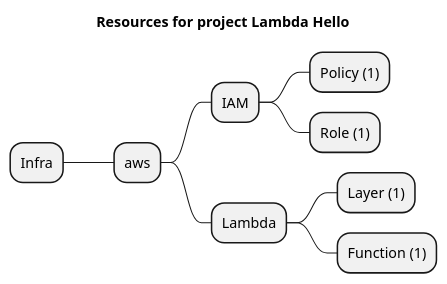
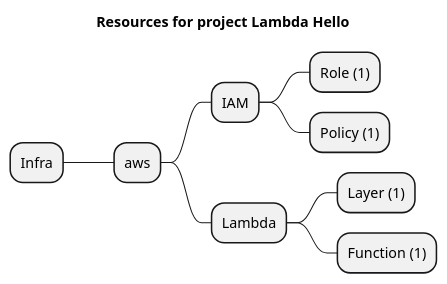
One commit to grucloud/grucloud changed the diagram in examples/aws/lambda/nodejs/helloworld/artifacts/resources-mindmap.puml. Above: the diagram before and after it, drawn with PlantUML. The commit also changed other lines of this file and 135 other files, not shown here.

```diff
--- a/examples/aws/lambda/nodejs/helloworld/artifacts/resources-mindmap.puml
+++ b/examples/aws/lambda/nodejs/helloworld/artifacts/resources-mindmap.puml
@@ -1,12 +1,12 @@
 @startmindmap
 title Resources for project Lambda Hello
 skinparam monochrome true
 + Infra
 ++ aws
 +++ IAM
+++++ Role (1)
 ++++ Policy (1)
-++++ Role (1)
 +++ Lambda
 ++++ Layer (1)
 ++++ Function (1)
 @endmindmap
```
